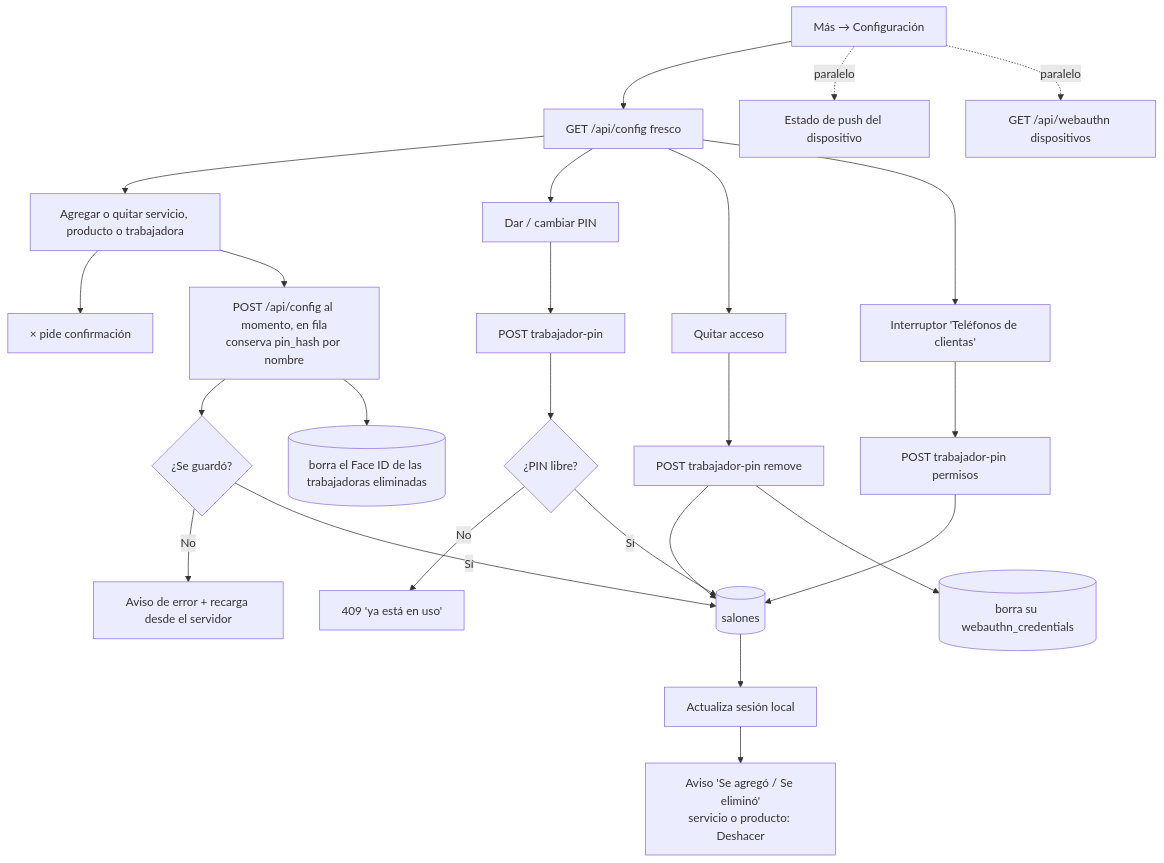
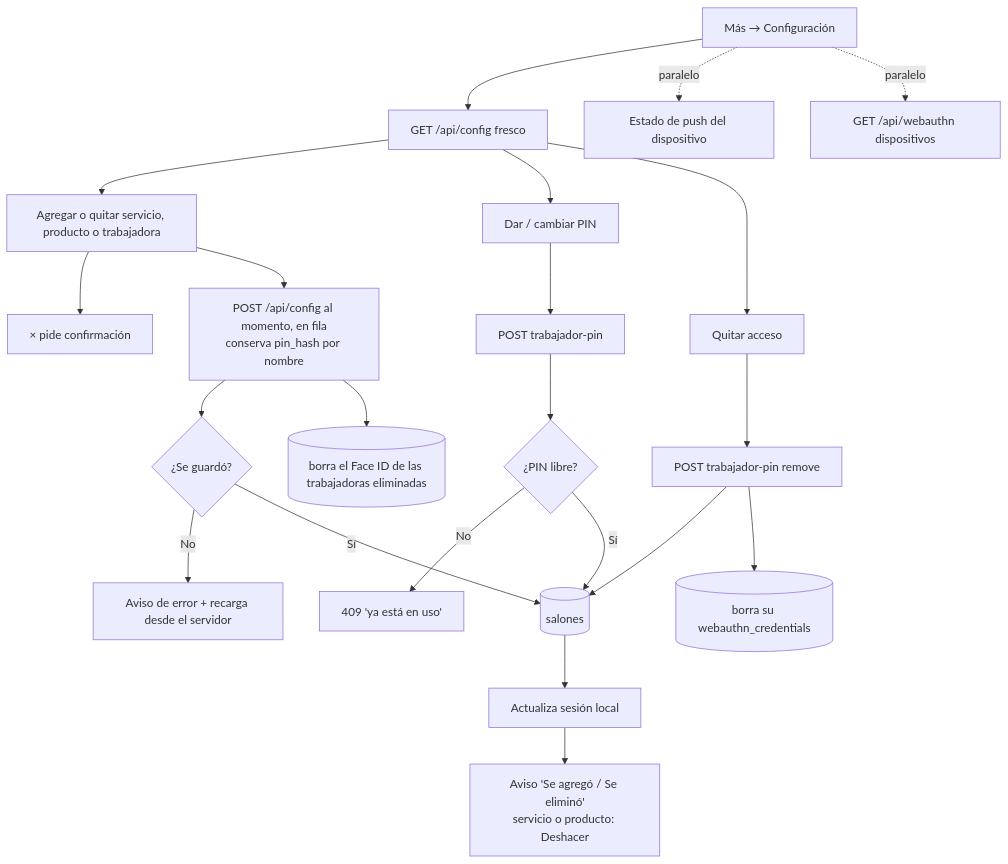
Before and after one commit to jesusangelsr12-dotcom/MarthaRdzApp: the ninth of 12 diagrams in docs/AppFlow.md, drawn with Mermaid. The commit also changed other lines of this file and 2 other files, not shown here.

````diff
--- a/docs/AppFlow.md
+++ b/docs/AppFlow.md
@@ -287,20 +270,19 @@
 ```mermaid
 flowchart TD
   A[Más → Configuración] --> B[GET /api/config fresco]
   A -. paralelo .-> N[Estado de push del dispositivo]
   A -. paralelo .-> W[GET /api/webauthn dispositivos]
   B --> C[Agregar o quitar servicio, producto o trabajadora]
   C --> C1[× pide confirmación]
   C --> E[POST /api/config al momento, en fila<br/>conserva pin_hash por nombre]
   E --> E1{¿Se guardó?}
   E1 -- No --> E2[Aviso de error + recarga desde el servidor]
   E1 -- Sí --> F[(salones)]
   F --> G[Actualiza sesión local] --> H[Aviso 'Se agregó / Se eliminó'<br/>servicio o producto: Deshacer]
   B --> P[Dar / cambiar PIN] --> P1[POST trabajador-pin] --> P2{¿PIN libre?}
   P2 -- No --> P3[409 'ya está en uso']
   P2 -- Sí --> F
   B --> Q[Quitar acceso] --> Q1[POST trabajador-pin remove] --> F
-  B --> R[Interruptor 'Teléfonos de clientas'] --> R1[POST trabajador-pin permisos] --> F
   Q1 --> WQ[(borra su webauthn_credentials)]
   E --> WE[(borra el Face ID de las trabajadoras eliminadas)]
 ```
````
